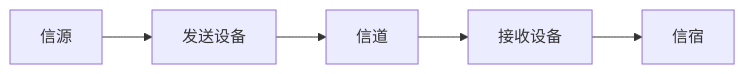
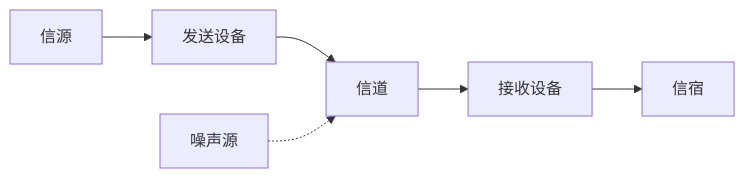
One commit to Koren-cy/Athena changed the second of 3 diagrams in 7-应用与数学/通信原理/绪论.md. Above: the diagram before and after it, drawn with Mermaid. The commit also changed other lines of this file and 1 other file, not shown here.

````diff
--- a/7-应用与数学/通信原理/绪论.md
+++ b/7-应用与数学/通信原理/绪论.md
@@ -75,4 +117,5 @@
 ```mermaid
 flowchart LR
     A[信源] --> B[发送设备] --> C[信道] --> D[接收设备] --> E[信宿]
+    F[噪声源] -.-> C
 ```
````
